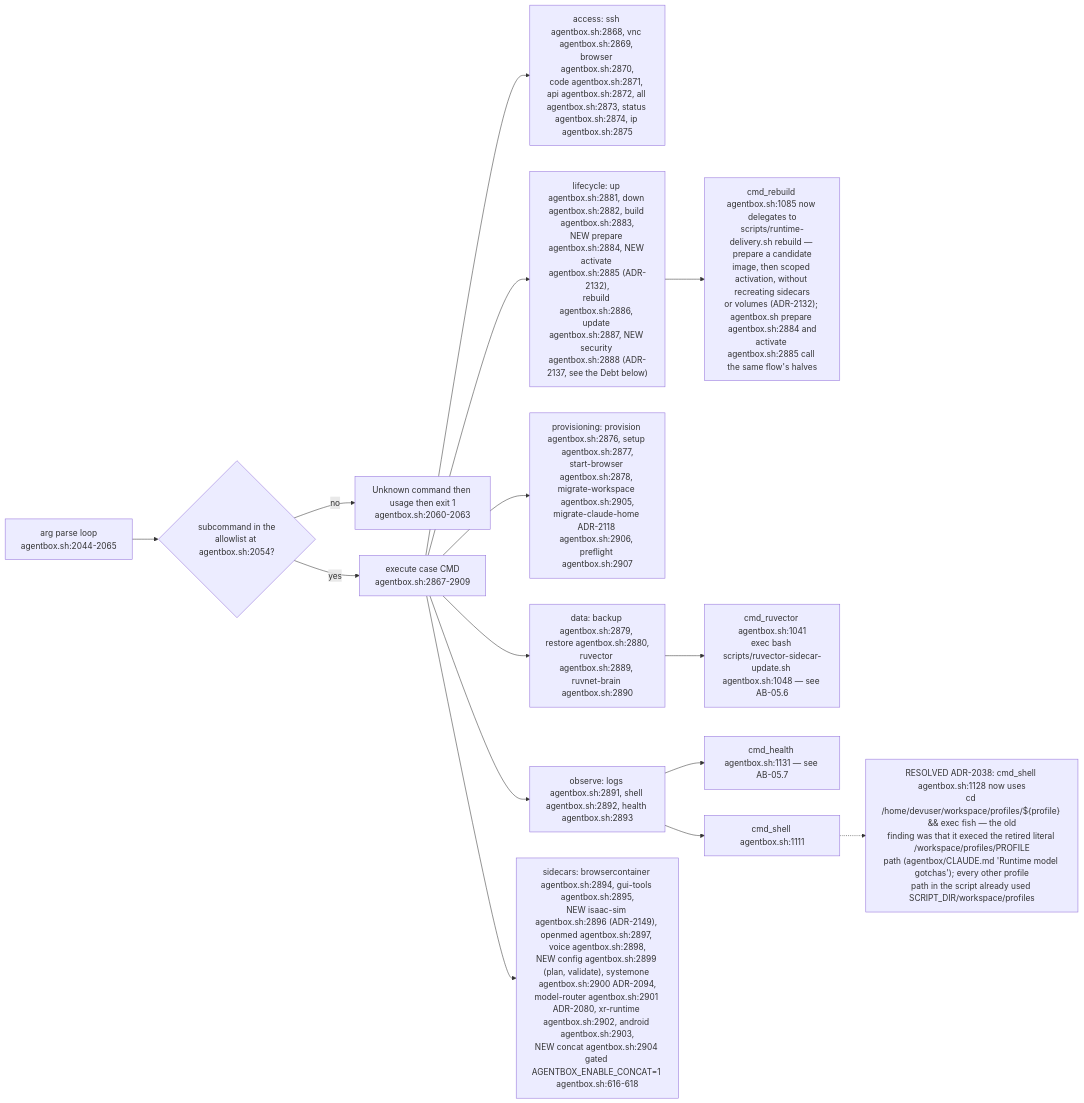
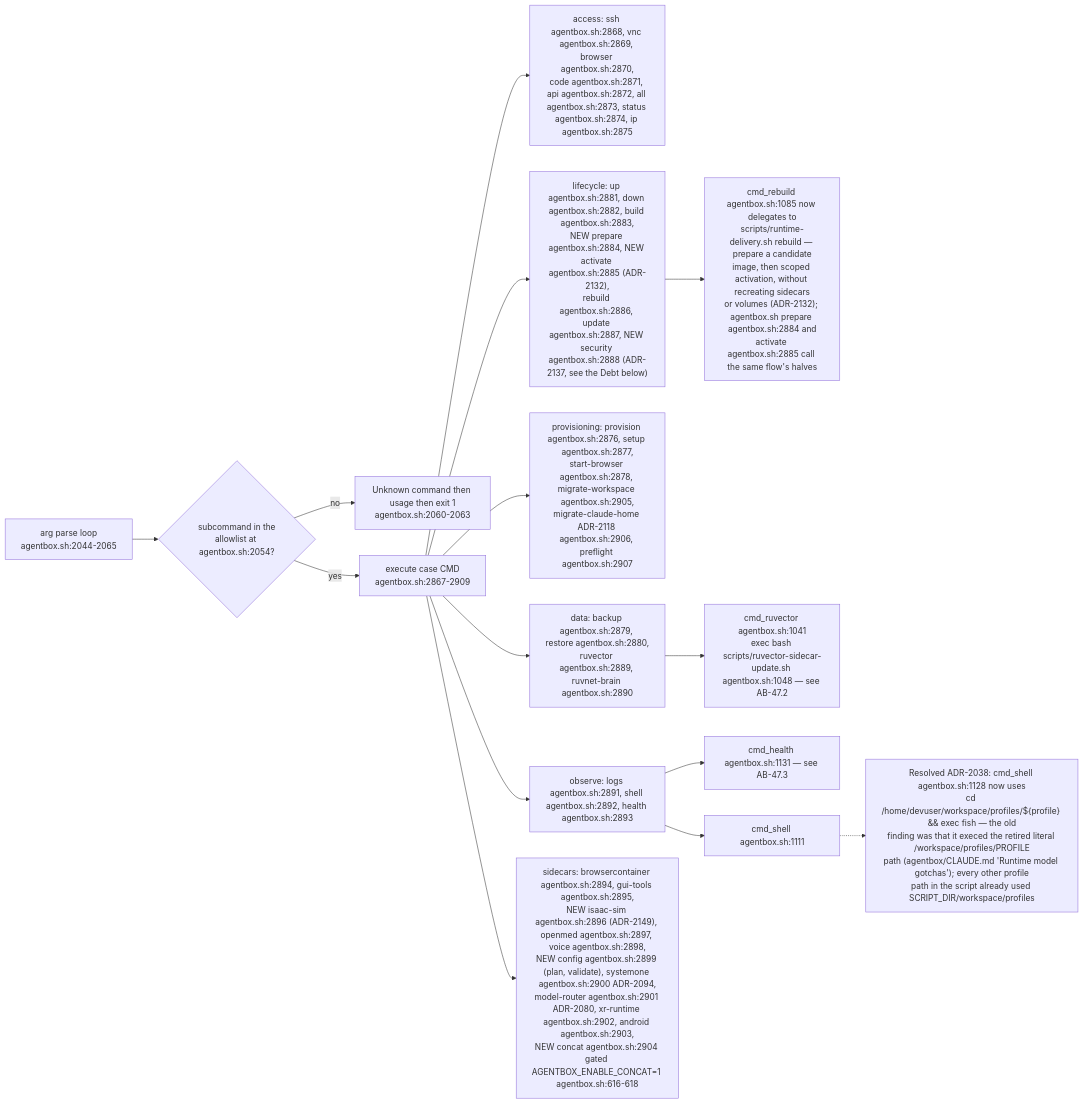
The fifth of 13 diagrams in docs/diagrams/agentbox/05-manifest-gates-and-cli.md (DreamLab-AI/VisionFlow), drawn with Mermaid before and after one commit. The commit also changed other lines of this file and 4 other files, not shown here.

First line of the commit message:
docs(diagrams): split AB-05, freeze AB-05.5 with successor AB-47.1

````diff
--- a/docs/diagrams/agentbox/05-manifest-gates-and-cli.md
+++ b/docs/diagrams/agentbox/05-manifest-gates-and-cli.md
@@ -172,17 +174,17 @@
 ```mermaid
 flowchart LR
     ARG["arg parse loop<br/>agentbox.sh:2044-2065"] --> AL{"subcommand in the<br/>allowlist at agentbox.sh:2054?"}
     AL -->|no| ERR["Unknown command then usage then exit 1<br/>agentbox.sh:2060-2063"]
     AL -->|yes| CASE["execute case CMD<br/>agentbox.sh:2867-2909"]
     CASE --> G1["access: ssh agentbox.sh:2868, vnc agentbox.sh:2869, browser agentbox.sh:2870,<br/>code agentbox.sh:2871, api agentbox.sh:2872, all agentbox.sh:2873, status agentbox.sh:2874, ip agentbox.sh:2875"]
     CASE --> G2["lifecycle: up agentbox.sh:2881, down agentbox.sh:2882, build agentbox.sh:2883,<br/>NEW prepare agentbox.sh:2884, NEW activate agentbox.sh:2885 (ADR-2132),<br/>rebuild agentbox.sh:2886, update agentbox.sh:2887, NEW security agentbox.sh:2888 (ADR-2137, see the Debt below)"]
     CASE --> G3["provisioning: provision agentbox.sh:2876, setup agentbox.sh:2877,<br/>start-browser agentbox.sh:2878, migrate-workspace agentbox.sh:2905,<br/>migrate-claude-home ADR-2118 agentbox.sh:2906, preflight agentbox.sh:2907"]
     CASE --> G4["data: backup agentbox.sh:2879, restore agentbox.sh:2880,<br/>ruvector agentbox.sh:2889, ruvnet-brain agentbox.sh:2890"]
     CASE --> G5["observe: logs agentbox.sh:2891, shell agentbox.sh:2892, health agentbox.sh:2893"]
     CASE --> G6["sidecars: browsercontainer agentbox.sh:2894, gui-tools agentbox.sh:2895,<br/>NEW isaac-sim agentbox.sh:2896 (ADR-2149), openmed agentbox.sh:2897, voice agentbox.sh:2898,<br/>NEW config agentbox.sh:2899 (plan, validate), systemone agentbox.sh:2900 ADR-2094,<br/>model-router agentbox.sh:2901 ADR-2080, xr-runtime agentbox.sh:2902, android agentbox.sh:2903,<br/>NEW concat agentbox.sh:2904 gated AGENTBOX_ENABLE_CONCAT=1 agentbox.sh:616-618"]
     G2 --> RB["cmd_rebuild agentbox.sh:1085 now delegates to<br/>scripts/runtime-delivery.sh rebuild — prepare a candidate<br/>image, then scoped activation, without recreating sidecars<br/>or volumes (ADR-2132); agentbox.sh prepare agentbox.sh:2884 and<br/>activate agentbox.sh:2885 call the same flow's halves"]
-    G4 --> RV["cmd_ruvector agentbox.sh:1041<br/>exec bash scripts/ruvector-sidecar-update.sh agentbox.sh:1048 — see AB-05.6"]
-    G5 --> HL["cmd_health agentbox.sh:1131 — see AB-05.7"]
+    G4 --> RV["cmd_ruvector agentbox.sh:1041<br/>exec bash scripts/ruvector-sidecar-update.sh agentbox.sh:1048 — see AB-47.2"]
+    G5 --> HL["cmd_health agentbox.sh:1131 — see AB-47.3"]
     G5 --> SH["cmd_shell agentbox.sh:1111"]
-    SH -.-> RES1["RESOLVED ADR-2038: cmd_shell agentbox.sh:1128 now uses<br/>cd /home/devuser/workspace/profiles/${profile} && exec fish — the old<br/>finding was that it execed the retired literal /workspace/profiles/PROFILE<br/>path (agentbox/CLAUDE.md 'Runtime model gotchas'); every other profile<br/>path in the script already used SCRIPT_DIR/workspace/profiles"]
+    SH -.-> RES1["Resolved ADR-2038: cmd_shell agentbox.sh:1128 now uses<br/>cd /home/devuser/workspace/profiles/${profile} && exec fish — the old<br/>finding was that it execed the retired literal /workspace/profiles/PROFILE<br/>path (agentbox/CLAUDE.md 'Runtime model gotchas'); every other profile<br/>path in the script already used SCRIPT_DIR/workspace/profiles"]
 ```
````
